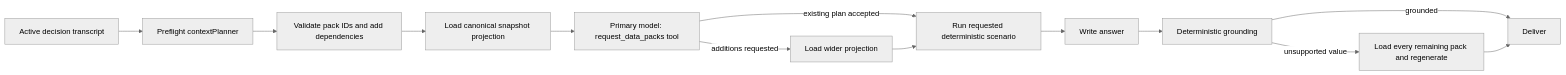
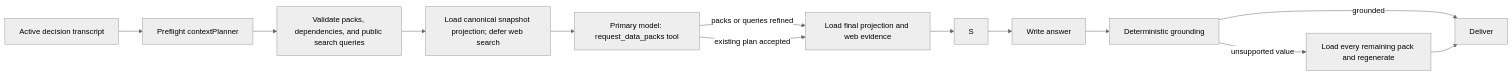
One commit to ethanteng/finsight changed the diagram in docs/CONTEXT_PLANNING.md. Above: the diagram before and after it, drawn with Mermaid (neutral theme). The commit also changed other lines of this file and 32 other files, not shown here.

Commit message:
Plan semantic search context and deduplicate refreshes

````diff
--- a/docs/CONTEXT_PLANNING.md
+++ b/docs/CONTEXT_PLANNING.md
@@ -12,15 +12,15 @@
 ```mermaid
 flowchart LR
     A["Active decision transcript"] --> B["Preflight contextPlanner"]
-    B --> C["Validate pack IDs and add dependencies"]
-    C --> D["Load canonical snapshot projection"]
+    B --> C["Validate packs, dependencies, and public search queries"]
+    C --> D["Load canonical snapshot projection; defer web search"]
     D --> E["Primary model: request_data_packs tool"]
-    E -->|"additions requested"| F["Load wider projection"]
-    E -->|"existing plan accepted"| S["Run requested deterministic scenario"]
+    E -->|"packs or queries refined"| F["Load final projection and web evidence"]
+    E -->|"existing plan accepted"| F
     F --> S
     S --> G["Write answer"]
     G --> H["Deterministic grounding"]
     H -->|"unsupported value"| I["Load every remaining pack and regenerate"]
     H -->|"grounded"| J["Deliver"]
     I --> J
 ```
````
